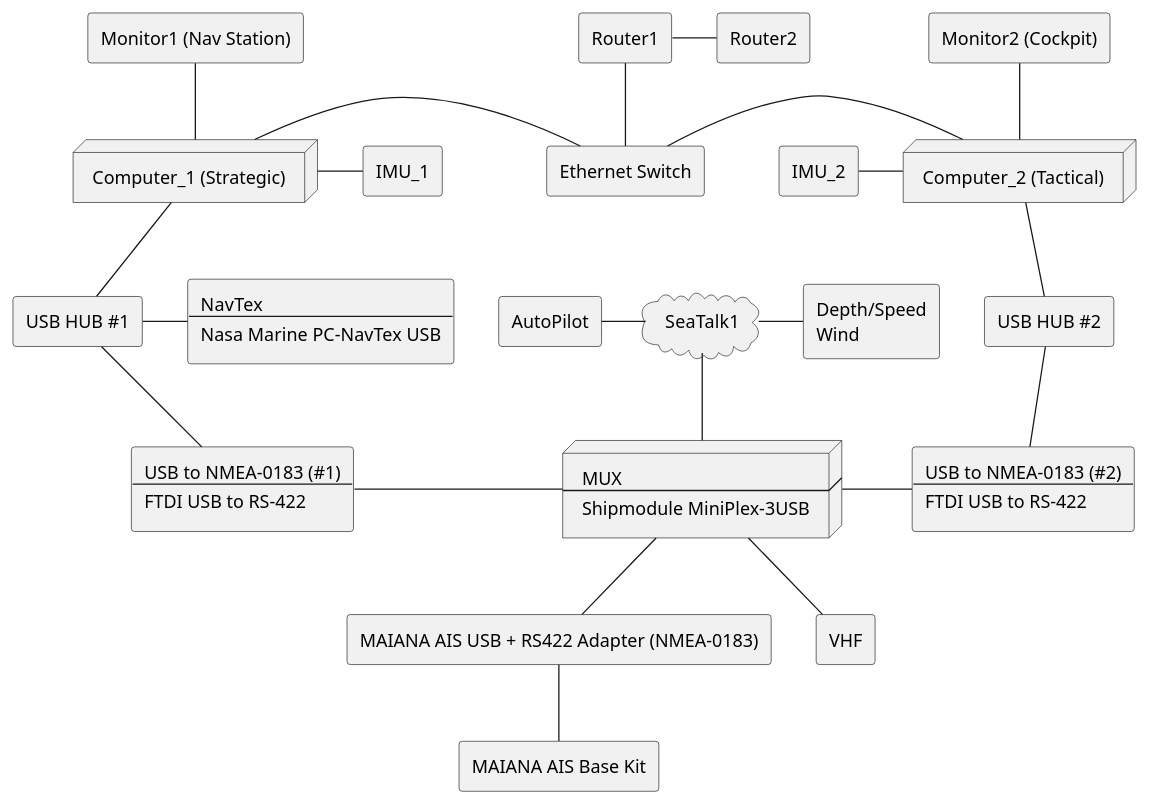
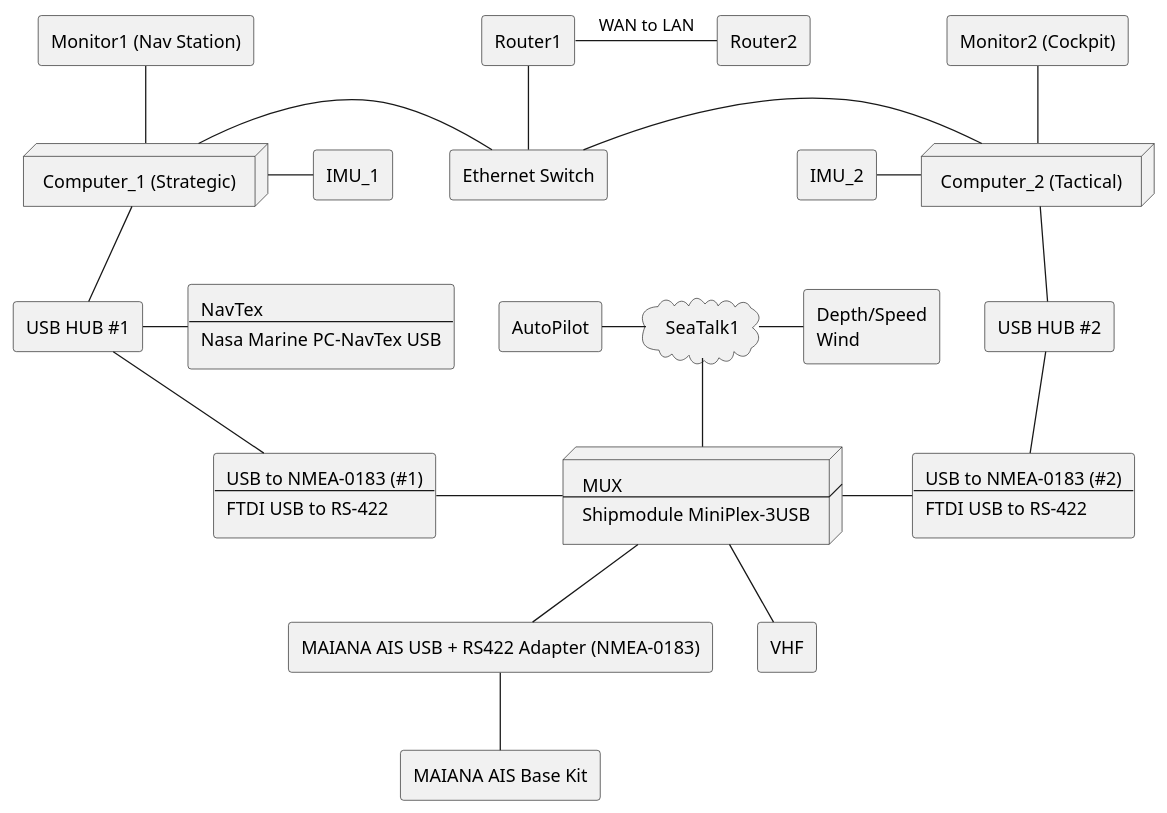
One commit to SY-Alcazar/SY-Alcazar changed the diagram in docs/plantuml/two-comp-arch.puml. Above: the diagram before and after it, drawn with PlantUML. The commit also changed 1 other file, not shown here.

```diff
--- a/docs/plantuml/two-comp-arch.puml
+++ b/docs/plantuml/two-comp-arch.puml
@@ -1,128 +1,128 @@
 @startuml
 
 rectangle AIS [
  MAIANA AIS Base Kit
 ]
 
 rectangle AIS_to_NMEA [
  MAIANA AIS USB + RS422 Adapter (NMEA-0183)
 ]
 
 node MUX [
  MUX
  ----
  Shipmodule MiniPlex-3USB
 ]
 
 node comp1 [
  Computer_1 (Strategic)
 ]
 
 node comp2 [
  Computer_2 (Tactical)
 ]
 
 rectangle usb_hub1 [
  USB HUB #1
 ]
 
 rectangle usb_hub2 [
  USB HUB #2
 ]
 
 
 rectangle router1 [
  Router1
 ]
 
 rectangle router2 [
  Router2
 ]
 
 rectangle Eth_switch [
  Ethernet Switch
 ]
 
 rectangle mon1 [
  Monitor1 (Nav Station)
 ]
 
 rectangle mon2 [
  Monitor2 (Cockpit)
 ]
 
 rectangle USB_to_Serial1 [
  USB to NMEA-0183 (#1)
  ----
  FTDI USB to RS-422
 ]
 
 rectangle USB_to_Serial2 [
  USB to NMEA-0183 (#2)
  ----
  FTDI USB to RS-422
 ]
 
 cloud seatalk [
  SeaTalk1
 ]
 
 rectangle instr [
  Depth/Speed
  Wind
 ]
 
 rectangle AP [
  AutoPilot
 ]
 
 rectangle IMU1 [
  IMU_1
 ]
 
 rectangle IMU2 [
  IMU_2
 ]
 
 rectangle VHF [
  VHF
 ]
 
 rectangle NavTex [
  NavTex
  ----
  Nasa Marine PC-NavTex USB
 ]
 
 AIS -u- AIS_to_NMEA
 
 MUX -- AIS_to_NMEA
 MUX -l- USB_to_Serial1
 MUX -r- USB_to_Serial2
 MUX -u- seatalk
 MUX -- VHF
 
 seatalk -r- instr
 seatalk -l- AP
 
 comp1 -u- mon1
 comp2 -u- mon2
 
 comp1 -r- IMU1
 comp2 -l- IMU2
 
 usb_hub1 -r- NavTex
 
 comp1 -d- usb_hub1
 comp2 -d- usb_hub2
 
 usb_hub1 -- USB_to_Serial1
 usb_hub2 -- USB_to_Serial2
 
-router1 -r- router2
+router1 -r- router2 : WAN to LAN
 Eth_switch -u- router1
 
 Eth_switch -l- comp1
 Eth_switch -r- comp2
 
 @enduml
```
